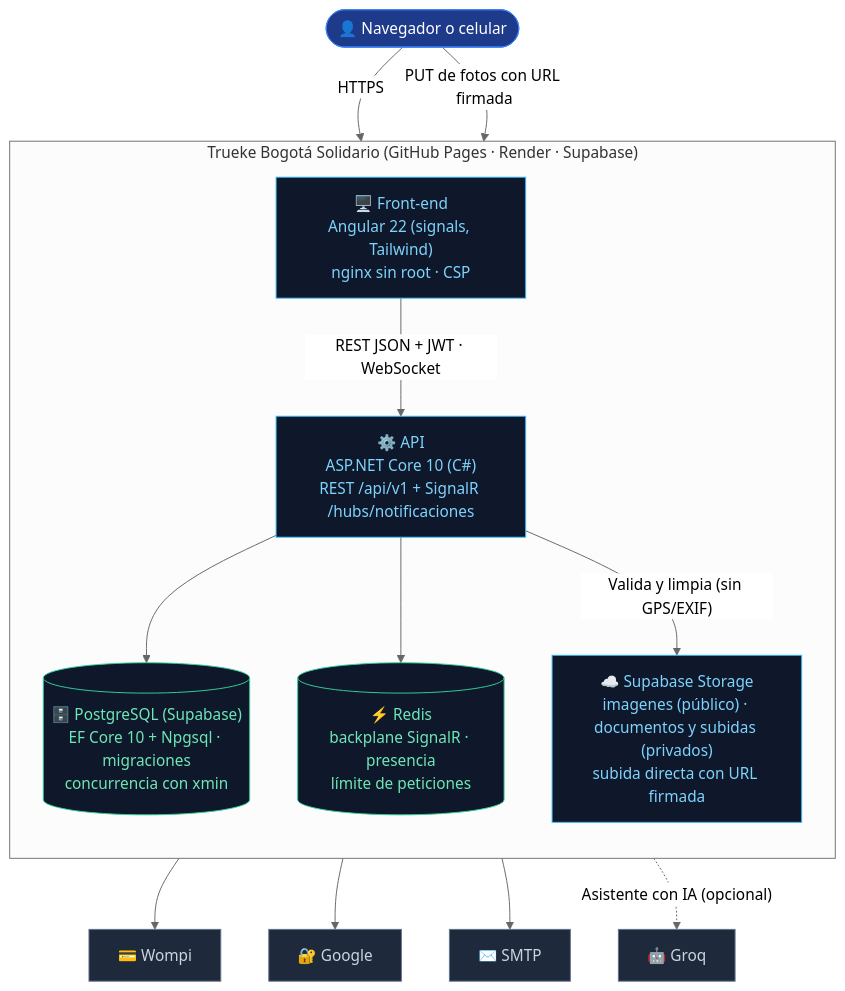
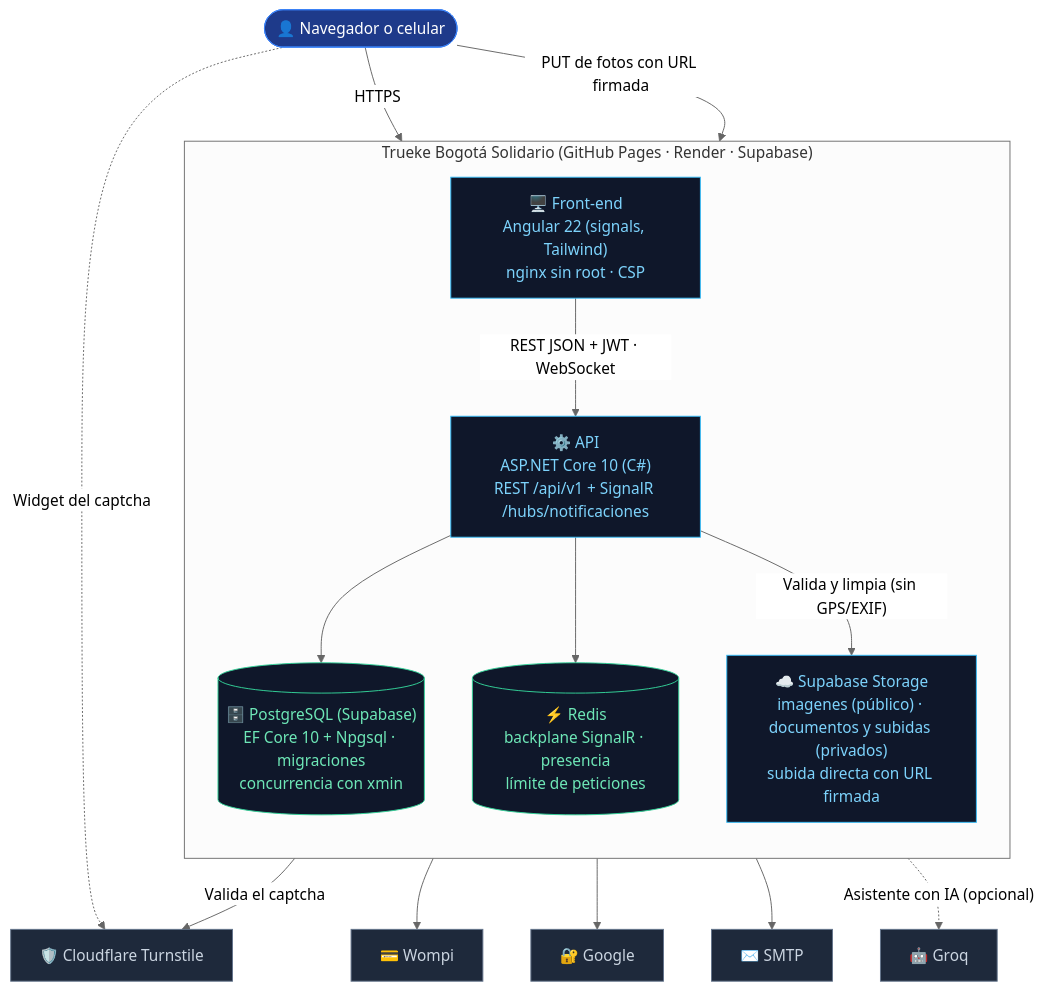
Before and after one commit to IngMartinG/TRUEKE-BOGOTA-SOLIDARIO-: the second of 4 diagrams in docs/c4/C4_MODELO_TRUEKE.md, drawn with Mermaid (neutral theme). The commit also changed other lines of this file and 25 other files, not shown here.

First line of the commit message:
feat: captcha con Cloudflare Turnstile en lugar de reCAPTCHA v3

````diff
--- a/docs/c4/C4_MODELO_TRUEKE.md
+++ b/docs/c4/C4_MODELO_TRUEKE.md
@@ -42,34 +44,37 @@
 ```mermaid
 flowchart TB
     U(["👤 Navegador o celular"]):::persona
 
     subgraph SYS["Trueke Bogotá Solidario (GitHub Pages · Render · Supabase)"]
         direction TB
         FE["🖥️ Front-end<br/>Angular 22 (signals, Tailwind)<br/>nginx sin root · CSP"]:::contenedor
         API["⚙️ API<br/>ASP.NET Core 10 (C#)<br/>REST /api/v1 + SignalR /hubs/notificaciones"]:::contenedor
         DB[("🗄️ PostgreSQL (Supabase)<br/>EF Core 10 + Npgsql · migraciones<br/>concurrencia con xmin")]:::datos
         REDIS[("⚡ Redis<br/>backplane SignalR · presencia<br/>límite de peticiones")]:::datos
         STORAGE["☁️ Supabase Storage<br/>imagenes (público) · documentos y subidas (privados)<br/>subida directa con URL firmada"]:::contenedor
     end
 
     WOMPI["💳 Wompi"]:::externo
     GOOGLE["🔐 Google"]:::externo
+    CLOUDFLARE["🛡️ Cloudflare Turnstile"]:::externo
     SMTP["✉️ SMTP"]:::externo
     GROQ["🤖 Groq"]:::externo
 
     U -->|"HTTPS"| FE
+    U -.->|"Widget del captcha"| CLOUDFLARE
     U -->|"PUT de fotos con URL firmada"| STORAGE
     FE -->|"REST JSON + JWT · WebSocket"| API
     API --> DB
     API --> REDIS
     API -->|"Valida y limpia (sin GPS/EXIF)"| STORAGE
     API --> WOMPI
     API --> GOOGLE
+    API -->|"Valida el captcha"| CLOUDFLARE
     API --> SMTP
     API -.->|"Asistente con IA (opcional)"| GROQ
 
     classDef persona fill:#1e3a8a,color:#fff,stroke:#3b82f6;
     classDef contenedor fill:#0f172a,color:#7dd3fc,stroke:#38bdf8;
     classDef datos fill:#0f172a,color:#6ee7b7,stroke:#34d399;
     classDef externo fill:#1e293b,color:#cbd5e1,stroke:#64748b;
 ```
````
